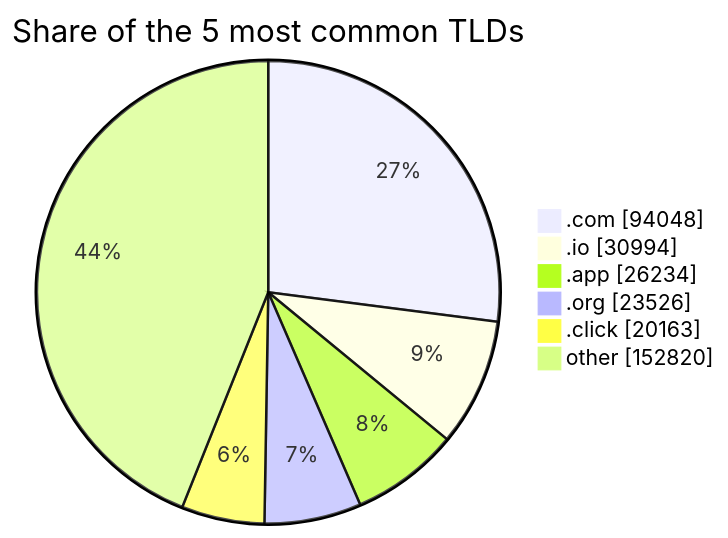
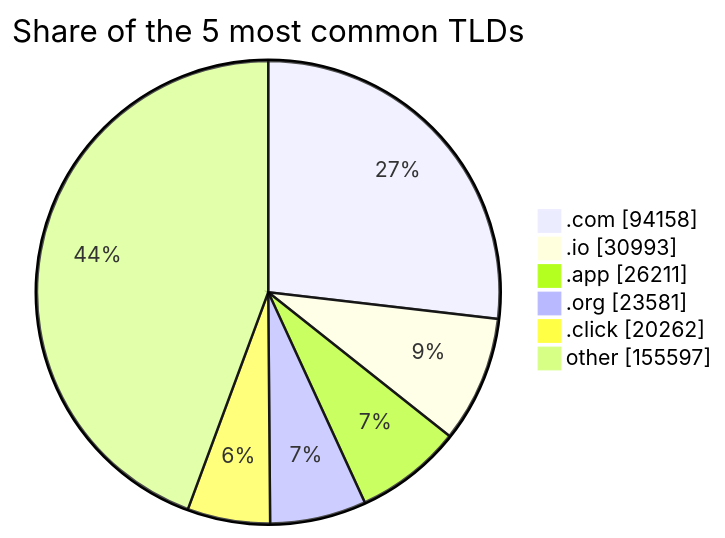
One commit to DNSBunker/CTI changed the third of 3 diagrams in README.md. Above: the diagram before and after it, drawn with Mermaid. The commit also changed other lines of this file and 3 other files, not shown here.

````diff
--- a/README.md
+++ b/README.md
@@ -81,9 +81,9 @@
 ```mermaid
 pie showData title Share of the 5 most common TLDs
-    ".com" : 94048
-    ".io" : 30994
-    ".app" : 26234
-    ".org" : 23526
-    ".click" : 20163
-    "other" : 152820
+    ".com" : 94158
+    ".io" : 30993
+    ".app" : 26211
+    ".org" : 23581
+    ".click" : 20262
+    "other" : 155597
 ```
````
